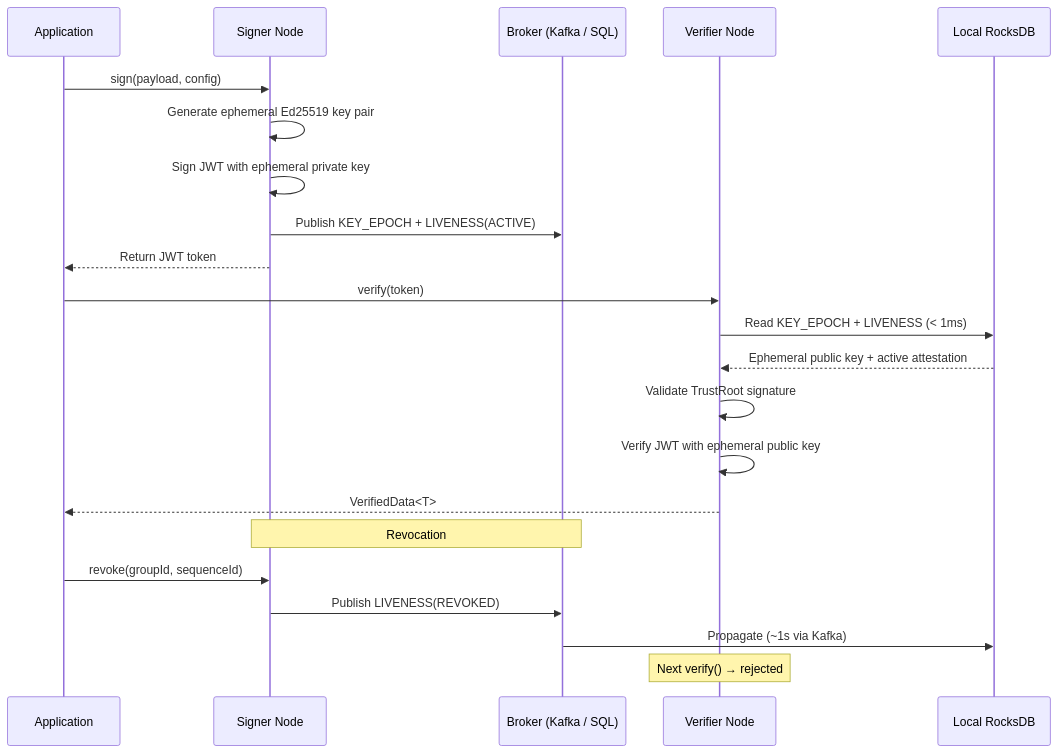
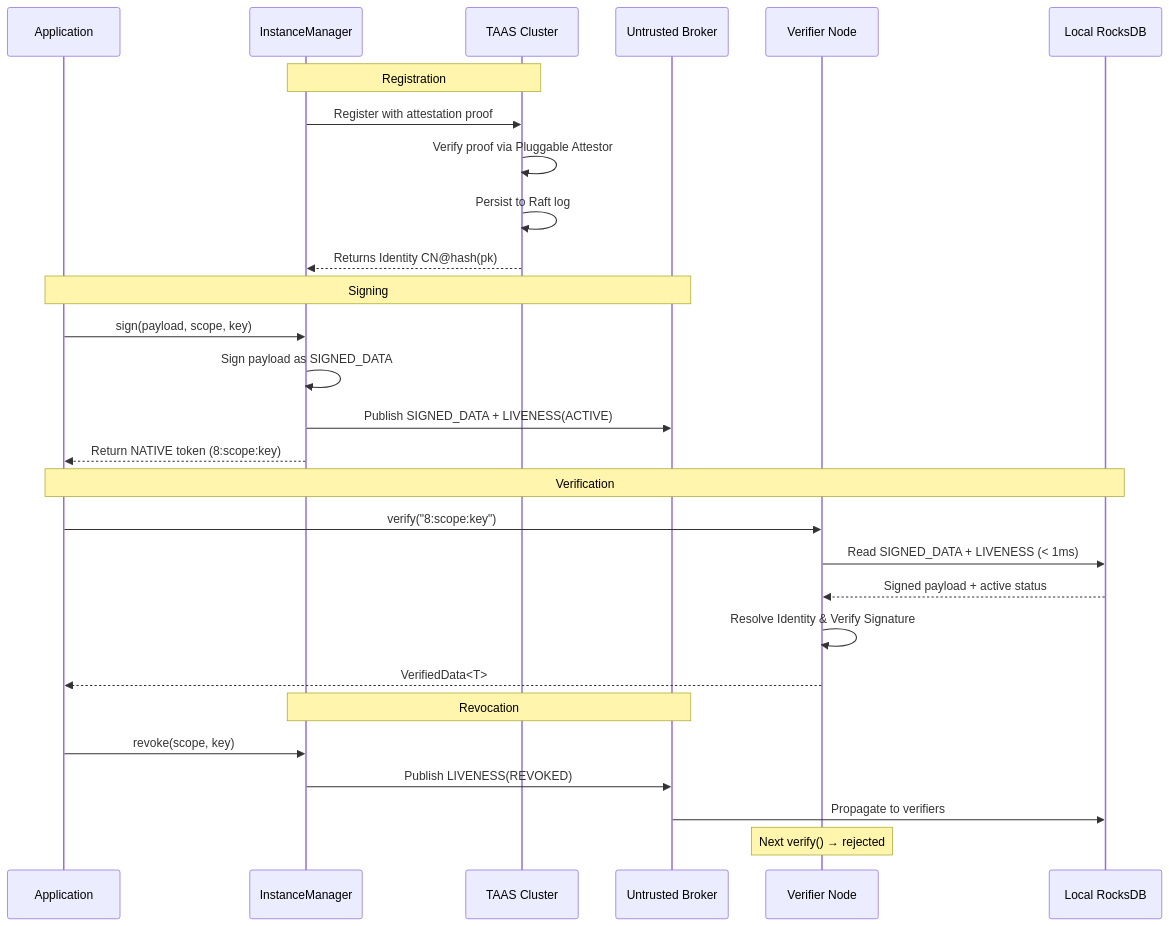
The diagram in docs/docs/getting-started/what-is-veridot.md (cyfko/veridot), drawn with Mermaid before and after one commit. The commit also changed other lines of this file and 84 other files, not shown here.

Commit message:
docs: complete Protocol V5 documentation rewrite (including premium diagrams)

````diff
--- a/docs/docs/getting-started/what-is-veridot.md
+++ b/docs/docs/getting-started/what-is-veridot.md
@@ -45,27 +45,34 @@
 ```mermaid
 sequenceDiagram
     participant App as Application
-    participant Signer as Signer Node
-    participant Broker as Broker (Kafka / SQL)
+    participant IM as InstanceManager
+    participant TAAS as TAAS Cluster
+    participant Broker as Untrusted Broker
     participant Verifier as Verifier Node
     participant Cache as Local RocksDB
 
-    App->>Signer: sign(payload, config)
-    Signer->>Signer: Generate ephemeral Ed25519 key pair
-    Signer->>Signer: Sign JWT with ephemeral private key
-    Signer->>Broker: Publish KEY_EPOCH + LIVENESS(ACTIVE)
-    Signer-->>App: Return JWT token
+    Note over IM,TAAS: Registration
+    IM->>TAAS: Register with attestation proof
+    TAAS->>TAAS: Verify proof via Pluggable Attestor
+    TAAS->>TAAS: Persist to Raft log
+    TAAS-->>IM: Returns Identity CN@hash(pk)
 
-    App->>Verifier: verify(token)
-    Verifier->>Cache: Read KEY_EPOCH + LIVENESS (< 1ms)
-    Cache-->>Verifier: Ephemeral public key + active attestation
-    Verifier->>Verifier: Validate TrustRoot signature
-    Verifier->>Verifier: Verify JWT with ephemeral public key
+    Note over App,Broker: Signing
+    App->>IM: sign(payload, scope, key)
+    IM->>IM: Sign payload as SIGNED_DATA
+    IM->>Broker: Publish SIGNED_DATA + LIVENESS(ACTIVE)
+    IM-->>App: Return NATIVE token (8:scope:key)
+
+    Note over App,Cache: Verification
+    App->>Verifier: verify("8:scope:key")
+    Verifier->>Cache: Read SIGNED_DATA + LIVENESS (< 1ms)
+    Cache-->>Verifier: Signed payload + active status
+    Verifier->>Verifier: Resolve Identity & Verify Signature
     Verifier-->>App: VerifiedData<T>
 
-    Note over Signer,Broker: Revocation
-    App->>Signer: revoke(groupId, sequenceId)
-    Signer->>Broker: Publish LIVENESS(REVOKED)
-    Broker->>Cache: Propagate (~1s via Kafka)
+    Note over IM,Broker: Revocation
+    App->>IM: revoke(scope, key)
+    IM->>Broker: Publish LIVENESS(REVOKED)
+    Broker->>Cache: Propagate to verifiers
     Note over Verifier: Next verify() → rejected
 ```
````
